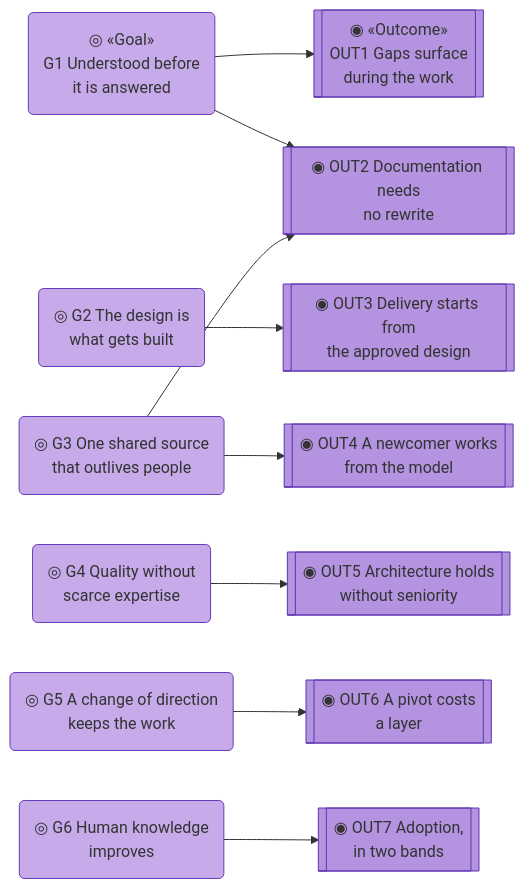
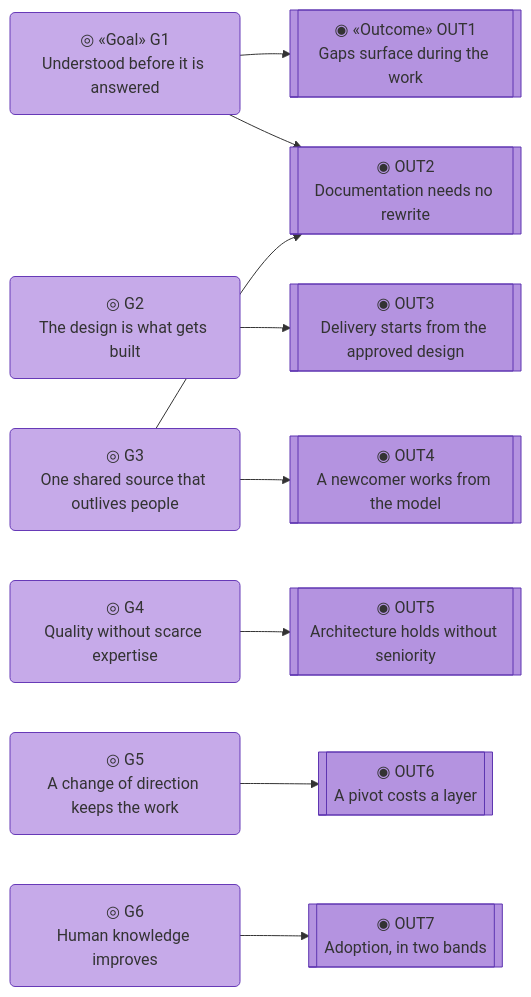
Before and after one commit to roanboc/architecture-archreator: the fifth of 7 diagrams in organization/docs/ea/1_strategy/1_motivation.md, drawn with Mermaid. The commit also changed other lines of this file and 6 other files, not shown here.

````diff
--- a/organization/docs/ea/1_strategy/1_motivation.md
+++ b/organization/docs/ea/1_strategy/1_motivation.md
@@ -224,29 +224,29 @@
 ```mermaid
 flowchart LR
-  g1("◎ «Goal»<br>G1 Understood before<br>it is answered"):::goal
-  g2("◎ G2 The design is<br>what gets built"):::goal
-  g3("◎ G3 One shared source<br>that outlives people"):::goal
-  g4("◎ G4 Quality without<br>scarce expertise"):::goal
-  g5("◎ G5 A change of direction<br>keeps the work"):::goal
-  g6("◎ G6 Human knowledge<br>improves"):::goal
+  g1("◎ «Goal» G1<br>Understood before it is answered"):::goal
+  g2("◎ G2<br>The design is what gets built"):::goal
+  g3("◎ G3<br>One shared source that outlives people"):::goal
+  g4("◎ G4<br>Quality without scarce expertise"):::goal
+  g5("◎ G5<br>A change of direction keeps the work"):::goal
+  g6("◎ G6<br>Human knowledge improves"):::goal
 
-  out1[["◉ «Outcome»<br>OUT1 Gaps surface<br>during the work"]]:::outcome
-  out2[["◉ OUT2 Documentation needs<br>no rewrite"]]:::outcome
-  out3[["◉ OUT3 Delivery starts from<br>the approved design"]]:::outcome
-  out4[["◉ OUT4 A newcomer works<br>from the model"]]:::outcome
-  out5[["◉ OUT5 Architecture holds<br>without seniority"]]:::outcome
-  out6[["◉ OUT6 A pivot costs<br>a layer"]]:::outcome
-  out7[["◉ OUT7 Adoption,<br>in two bands"]]:::outcome
+  out1[["◉ «Outcome» OUT1<br>Gaps surface during the work"]]:::outcome
+  out2[["◉ OUT2<br>Documentation needs no rewrite"]]:::outcome
+  out3[["◉ OUT3<br>Delivery starts from the approved design"]]:::outcome
+  out4[["◉ OUT4<br>A newcomer works from the model"]]:::outcome
+  out5[["◉ OUT5<br>Architecture holds without seniority"]]:::outcome
+  out6[["◉ OUT6<br>A pivot costs a layer"]]:::outcome
+  out7[["◉ OUT7<br>Adoption, in two bands"]]:::outcome
 
   g1 --> out1
   g1 --> out2
   g3 --> out2
   g2 --> out3
   g3 --> out4
   g4 --> out5
   g5 --> out6
   g6 --> out7
 
   classDef goal fill:#c6aae9,stroke:#673ab7,color:#333
   classDef outcome fill:#b493e0,stroke:#5e35b1,color:#333
 ```
````
